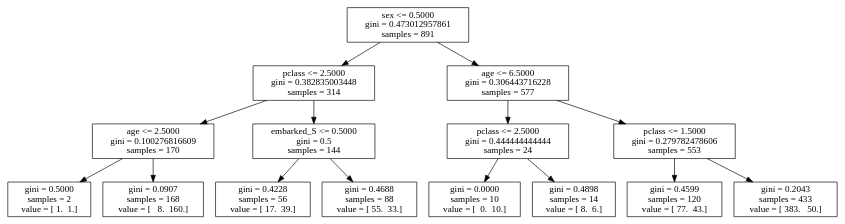
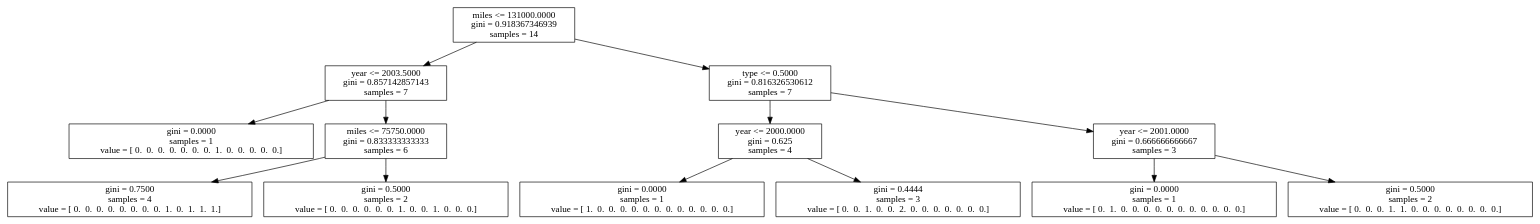
Before and after one commit to ruthwlw/DAT_SF_14: the diagram in labs/Images/15_titanic.dot, drawn with Graphviz. The commit also changed 1 other file, not shown here.

```diff
--- a/labs/Images/15_titanic.dot
+++ b/labs/Images/15_titanic.dot
@@ -1,31 +1,27 @@
 digraph Tree {
-0 [label="sex <= 0.5000\ngini = 0.473012957861\nsamples = 891", shape="box"] ;
-1 [label="pclass <= 2.5000\ngini = 0.382835003448\nsamples = 314", shape="box"] ;
+0 [label="miles <= 131000.0000\ngini = 0.918367346939\nsamples = 14", shape="box"] ;
+1 [label="year <= 2003.5000\ngini = 0.857142857143\nsamples = 7", shape="box"] ;
 0 -> 1 ;
-2 [label="age <= 2.5000\ngini = 0.100276816609\nsamples = 170", shape="box"] ;
+2 [label="gini = 0.0000\nsamples = 1\nvalue = [ 0.  0.  0.  0.  0.  0.  0.  1.  0.  0.  0.  0.  0.]", shape="box"] ;
 1 -> 2 ;
-3 [label="gini = 0.5000\nsamples = 2\nvalue = [ 1.  1.]", shape="box"] ;
-2 -> 3 ;
-4 [label="gini = 0.0907\nsamples = 168\nvalue = [   8.  160.]", shape="box"] ;
-2 -> 4 ;
-5 [label="embarked_S <= 0.5000\ngini = 0.5\nsamples = 144", shape="box"] ;
-1 -> 5 ;
-6 [label="gini = 0.4228\nsamples = 56\nvalue = [ 17.  39.]", shape="box"] ;
-5 -> 6 ;
-7 [label="gini = 0.4688\nsamples = 88\nvalue = [ 55.  33.]", shape="box"] ;
-5 -> 7 ;
-8 [label="age <= 6.5000\ngini = 0.306443716228\nsamples = 577", shape="box"] ;
-0 -> 8 ;
-9 [label="pclass <= 2.5000\ngini = 0.444444444444\nsamples = 24", shape="box"] ;
-8 -> 9 ;
-10 [label="gini = 0.0000\nsamples = 10\nvalue = [  0.  10.]", shape="box"] ;
-9 -> 10 ;
-11 [label="gini = 0.4898\nsamples = 14\nvalue = [ 8.  6.]", shape="box"] ;
-9 -> 11 ;
-12 [label="pclass <= 1.5000\ngini = 0.279782478606\nsamples = 553", shape="box"] ;
-8 -> 12 ;
-13 [label="gini = 0.4599\nsamples = 120\nvalue = [ 77.  43.]", shape="box"] ;
-12 -> 13 ;
-14 [label="gini = 0.2043\nsamples = 433\nvalue = [ 383.   50.]", shape="box"] ;
-12 -> 14 ;
+3 [label="miles <= 75750.0000\ngini = 0.833333333333\nsamples = 6", shape="box"] ;
+1 -> 3 ;
+4 [label="gini = 0.7500\nsamples = 4\nvalue = [ 0.  0.  0.  0.  0.  0.  0.  0.  1.  0.  1.  1.  1.]", shape="box"] ;
+3 -> 4 ;
+5 [label="gini = 0.5000\nsamples = 2\nvalue = [ 0.  0.  0.  0.  0.  0.  1.  0.  0.  1.  0.  0.  0.]", shape="box"] ;
+3 -> 5 ;
+6 [label="type <= 0.5000\ngini = 0.816326530612\nsamples = 7", shape="box"] ;
+0 -> 6 ;
+7 [label="year <= 2000.0000\ngini = 0.625\nsamples = 4", shape="box"] ;
+6 -> 7 ;
+8 [label="gini = 0.0000\nsamples = 1\nvalue = [ 1.  0.  0.  0.  0.  0.  0.  0.  0.  0.  0.  0.  0.]", shape="box"] ;
+7 -> 8 ;
+9 [label="gini = 0.4444\nsamples = 3\nvalue = [ 0.  0.  1.  0.  0.  2.  0.  0.  0.  0.  0.  0.  0.]", shape="box"] ;
+7 -> 9 ;
+10 [label="year <= 2001.0000\ngini = 0.666666666667\nsamples = 3", shape="box"] ;
+6 -> 10 ;
+11 [label="gini = 0.0000\nsamples = 1\nvalue = [ 0.  1.  0.  0.  0.  0.  0.  0.  0.  0.  0.  0.  0.]", shape="box"] ;
+10 -> 11 ;
+12 [label="gini = 0.5000\nsamples = 2\nvalue = [ 0.  0.  0.  1.  1.  0.  0.  0.  0.  0.  0.  0.  0.]", shape="box"] ;
+10 -> 12 ;
 }
```
